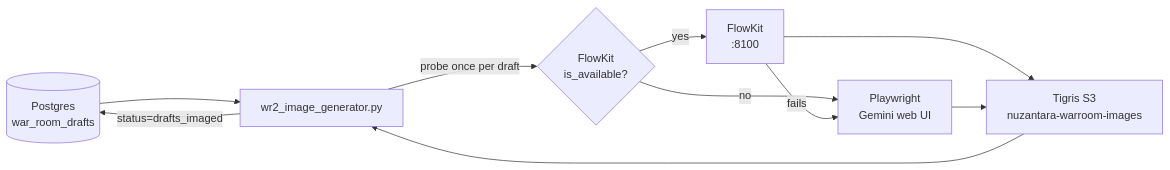
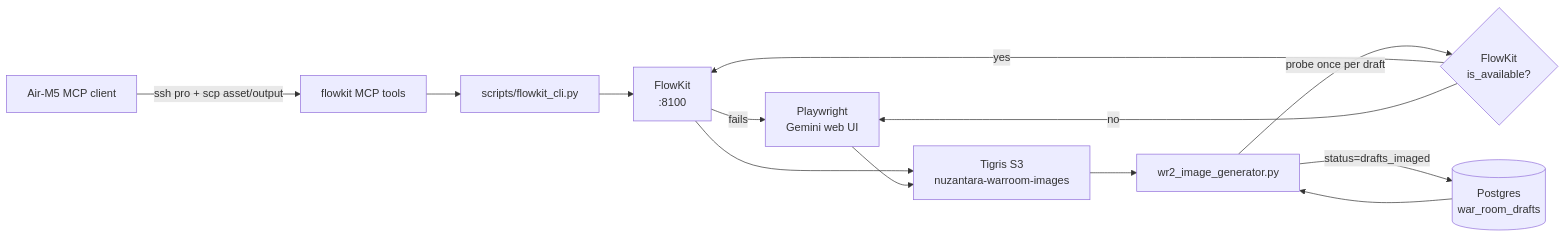
One commit to Bali-Zero/Teman2 changed the diagram in docs/wr2/flowkit-integration.md. Above: the diagram before and after it, drawn with Mermaid. The commit also changed other lines of this file and 5 other files, not shown here.

First line of the commit message:
feat(flowkit): add MCP video bridge (#1988)

````diff
--- a/docs/wr2/flowkit-integration.md
+++ b/docs/wr2/flowkit-integration.md
@@ -27,12 +29,15 @@
 ```mermaid
 flowchart LR
+    M5[Air-M5 MCP client] -->|ssh pro + scp asset/output| MCP[flowkit MCP tools]
+    MCP --> CLI[scripts/flowkit_cli.py]
+    CLI --> FK
     DB[(Postgres<br/>war_room_drafts)] --> WR2[wr2_image_generator.py]
     WR2 -->|probe once per draft| Probe{FlowKit<br/>is_available?}
     Probe -->|yes| FK[FlowKit<br/>:8100]
     Probe -->|no| PW[Playwright<br/>Gemini web UI]
     FK -->|fails| PW
     FK --> Tigris[Tigris S3<br/>nuzantara-warroom-images]
     PW --> Tigris
     Tigris --> WR2
     WR2 -->|status=drafts_imaged| DB
 ```
````
